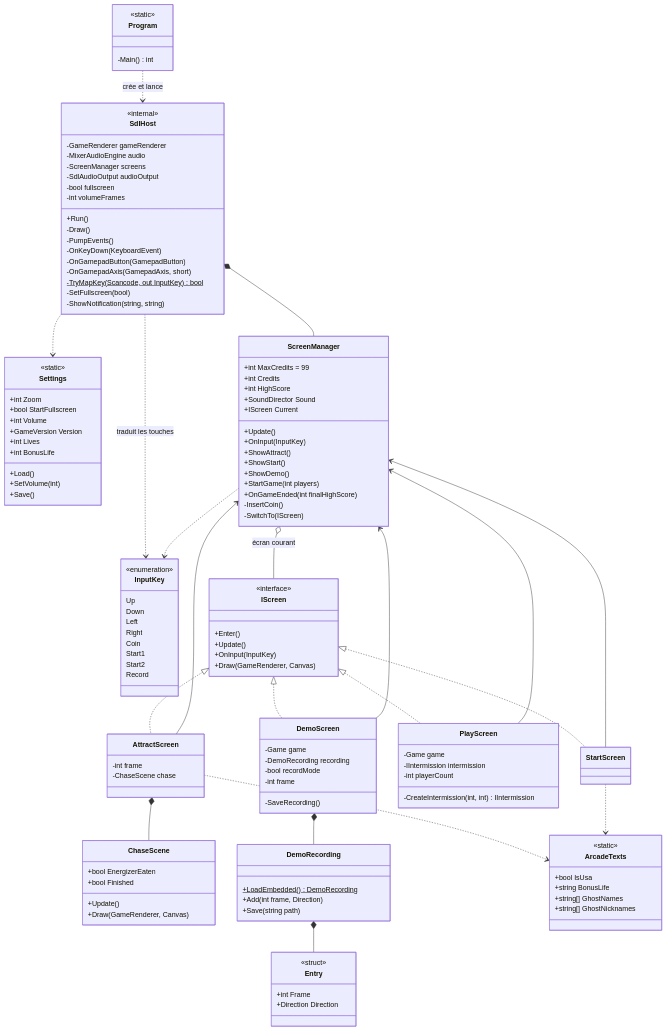
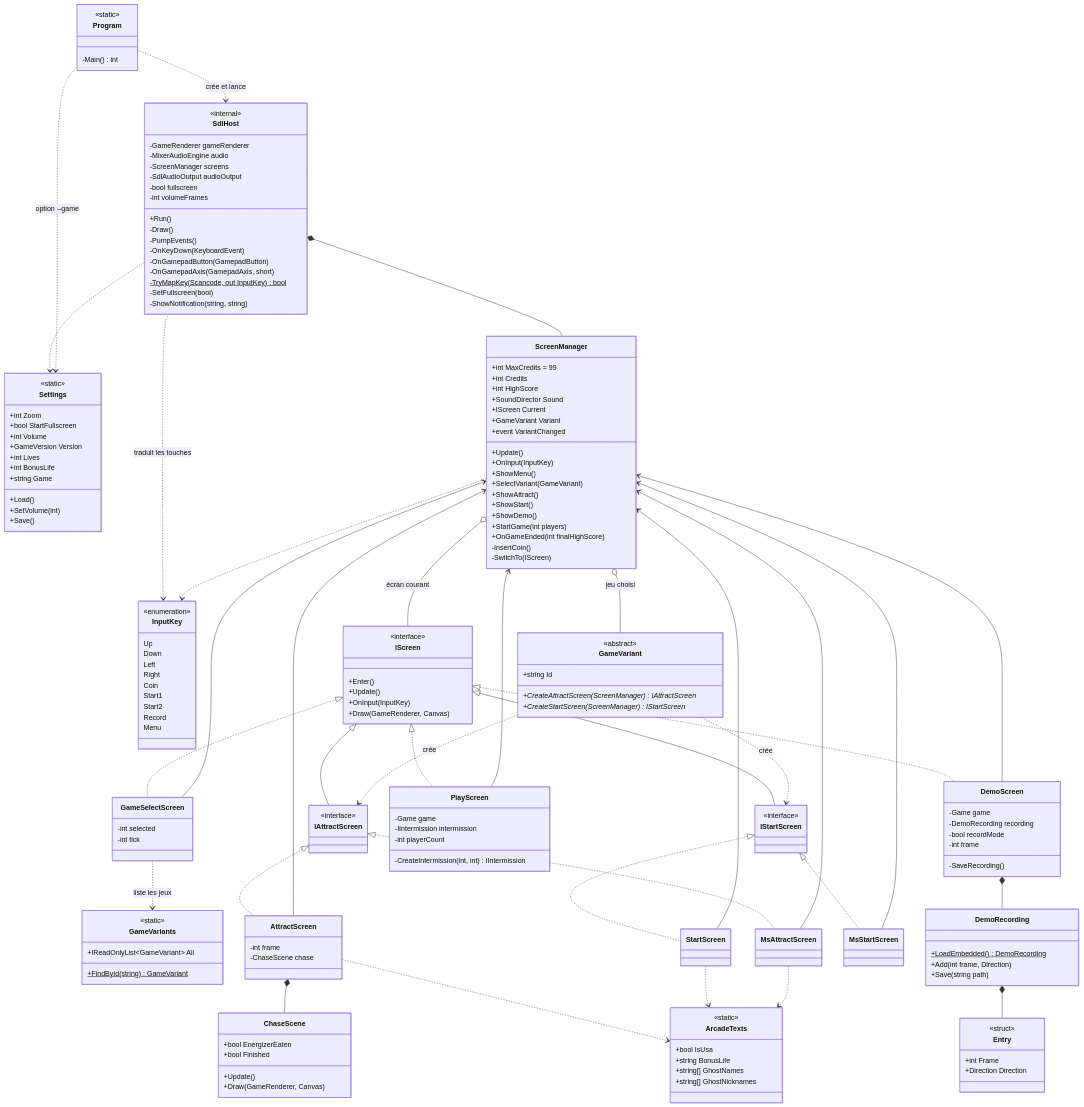
The second of 31 diagrams in docs/Pacman_UML_et_etats.md (Telev78/pacman), drawn with Mermaid before and after one commit. The commit also changed other lines of this file and 173 other files, not shown here.

````diff
--- a/docs/Pacman_UML_et_etats.md
+++ b/docs/Pacman_UML_et_etats.md
@@ -135,6 +144,7 @@
     +GameVersion Version
     +int Lives
     +int BonusLife
+    +string Game
     +Load()
     +SetVolume(int)
     +Save()
@@ -149,6 +159,7 @@
     Start1
     Start2
     Record
+    Menu
   }
   class IScreen {
     <<interface>>
@@ -157,14 +168,24 @@
     +OnInput(InputKey)
     +Draw(GameRenderer, Canvas)
   }
+  class IAttractScreen {
+    <<interface>>
+  }
+  class IStartScreen {
+    <<interface>>
+  }
   class ScreenManager {
     +int MaxCredits = 99
     +int Credits
     +int HighScore
     +SoundDirector Sound
     +IScreen Current
+    +GameVariant Variant
+    +event VariantChanged
     +Update()
     +OnInput(InputKey)
+    +ShowMenu()
+    +SelectVariant(GameVariant)
     +ShowAttract()
     +ShowStart()
     +ShowDemo()
@@ -172,6 +193,21 @@
     +OnGameEnded(int finalHighScore)
     -InsertCoin()
     -SwitchTo(IScreen)
+  }
+  class GameSelectScreen {
+    -int selected
+    -int tick
+  }
+  class GameVariants {
+    <<static>>
+    +IReadOnlyList~GameVariant~ All
+    +FindById(string)$ GameVariant
+  }
+  class GameVariant {
+    <<abstract>>
+    +string Id
+    +CreateAttractScreen(ScreenManager)* IAttractScreen
+    +CreateStartScreen(ScreenManager)* IStartScreen
   }
   class AttractScreen {
     -int frame
@@ -191,6 +227,8 @@
     -int frame
     -SaveRecording()
   }
+  class MsAttractScreen
+  class MsStartScreen
   class ChaseScene {
     +bool EnergizerEaten
     +bool Finished
@@ -219,14 +257,22 @@
   SdlHost *-- ScreenManager
   SdlHost ..> InputKey : traduit les touches
   SdlHost ..> Settings
-  IScreen <|.. AttractScreen
-  IScreen <|.. StartScreen
+  IScreen <|.. GameSelectScreen
+  IScreen <|-- IAttractScreen
+  IScreen <|-- IStartScreen
+  IAttractScreen <|.. AttractScreen
+  IAttractScreen <|.. MsAttractScreen
+  IStartScreen <|.. StartScreen
+  IStartScreen <|.. MsStartScreen
   IScreen <|.. PlayScreen
   IScreen <|.. DemoScreen
   ScreenManager o-- IScreen : écran courant
   ScreenManager ..> InputKey
   AttractScreen --> ScreenManager
   StartScreen --> ScreenManager
+  MsAttractScreen --> ScreenManager
+  MsStartScreen --> ScreenManager
+  GameSelectScreen --> ScreenManager
   PlayScreen --> ScreenManager
   DemoScreen --> ScreenManager
   AttractScreen *-- ChaseScene
@@ -234,4 +280,10 @@
   DemoRecording *-- Entry
   AttractScreen ..> ArcadeTexts
   StartScreen ..> ArcadeTexts
+  Program ..> Settings : option --game
+  GameSelectScreen ..> GameVariants : liste les jeux
+  ScreenManager o-- GameVariant : jeu choisi
+  GameVariant ..> IAttractScreen : crée
+  GameVariant ..> IStartScreen : crée
+  MsAttractScreen ..> ArcadeTexts
 ```
````
